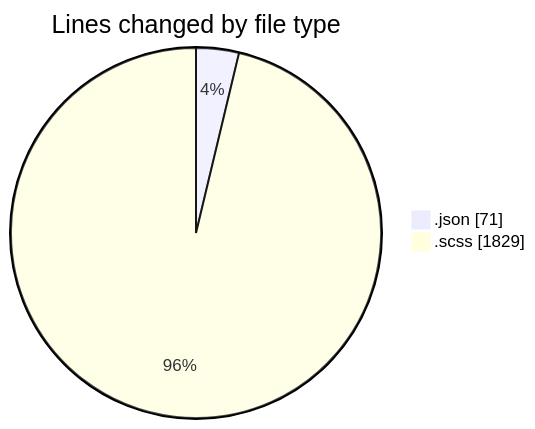
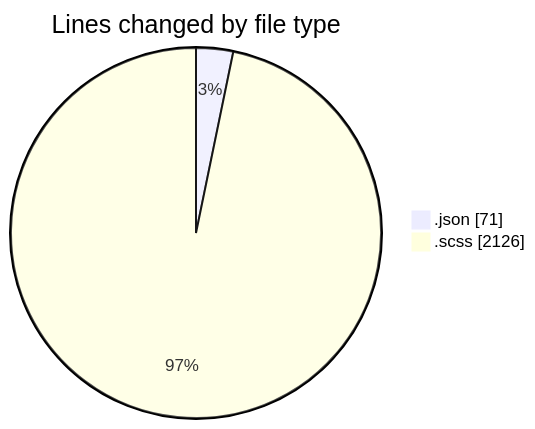
Before and after one commit to momahboobian/code-tracking: the first of 2 diagrams in 2026-01-22/cda/README.md, drawn with Mermaid. The commit also changed other lines of this file and 1 other file, not shown here.

````diff
--- a/2026-01-22/cda/README.md
+++ b/2026-01-22/cda/README.md
@@ -33,6 +34,6 @@
 ```mermaid
 pie showData
 title Lines changed by file type
 ".json" : 71
-".scss" : 1829
+".scss" : 2126
 ```
````
